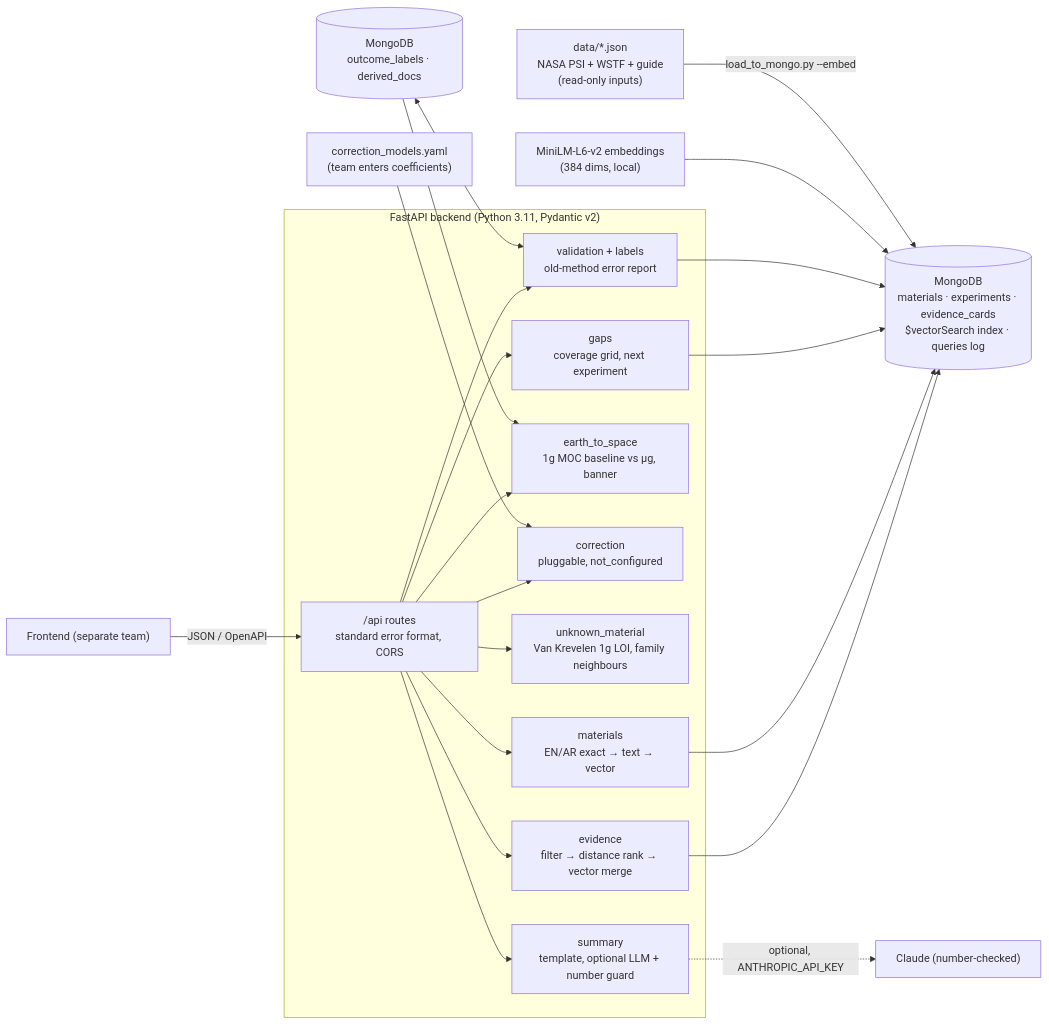
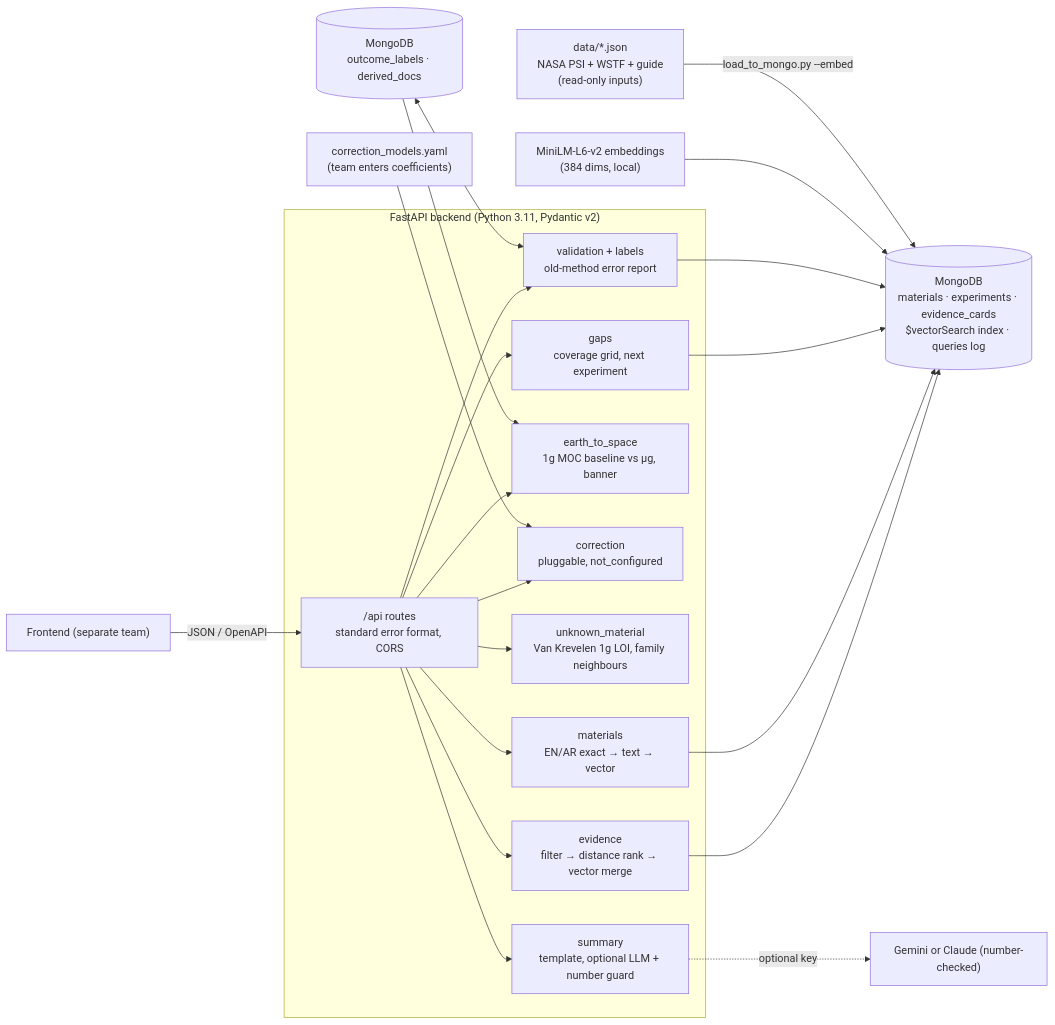
The diagram in README.md (AwwadMumin/FlameAtlas), drawn with Mermaid before and after one commit. The commit also changed other lines of this file and 11 other files, not shown here.

Commit message:
Gemini as optional LLM provider with the same number guard; guard rejects unsupported superlatives/absolutes; health shows active provider

````diff
--- a/README.md
+++ b/README.md
@@ -41,25 +41,25 @@
 ```mermaid
 flowchart LR
     FE["Frontend (separate team)"] -->|JSON / OpenAPI| API
     subgraph Backend["FastAPI backend (Python 3.11, Pydantic v2)"]
         API["/api routes<br/>standard error format, CORS"]
         API --> MAT["materials<br/>EN/AR exact → text → vector"]
         API --> EVI["evidence<br/>filter → distance rank → vector merge"]
         API --> E2S["earth_to_space<br/>1g MOC baseline vs µg, banner"]
         API --> COR["correction<br/>pluggable, not_configured"]
         API --> UNK["unknown_material<br/>Van Krevelen 1g LOI, family neighbours"]
         API --> GAP["gaps<br/>coverage grid, next experiment"]
         API --> VAL["validation + labels<br/>old-method error report"]
         API --> SUM["summary<br/>template, optional LLM + number guard"]
     end
     EVI --> DB[("MongoDB<br/>materials · experiments · evidence_cards<br/>$vectorSearch index · queries log")]
     MAT --> DB
     GAP --> DB
     VAL --> DB
     EMB["MiniLM-L6-v2 embeddings<br/>(384 dims, local)"] --> DB
     LAB[("MongoDB<br/>outcome_labels · derived_docs")] <--> VAL
     LAB --> E2S
     YAML["correction_models.yaml<br/>(team enters coefficients)"] --> COR
-    SUM -. "optional, ANTHROPIC_API_KEY" .-> LLM["Claude (number-checked)"]
+    SUM -. "optional key" .-> LLM["Gemini or Claude (number-checked)"]
     DATA["data/*.json<br/>NASA PSI + WSTF + guide<br/>(read-only inputs)"] -->|load_to_mongo.py --embed| DB
 ```
````
